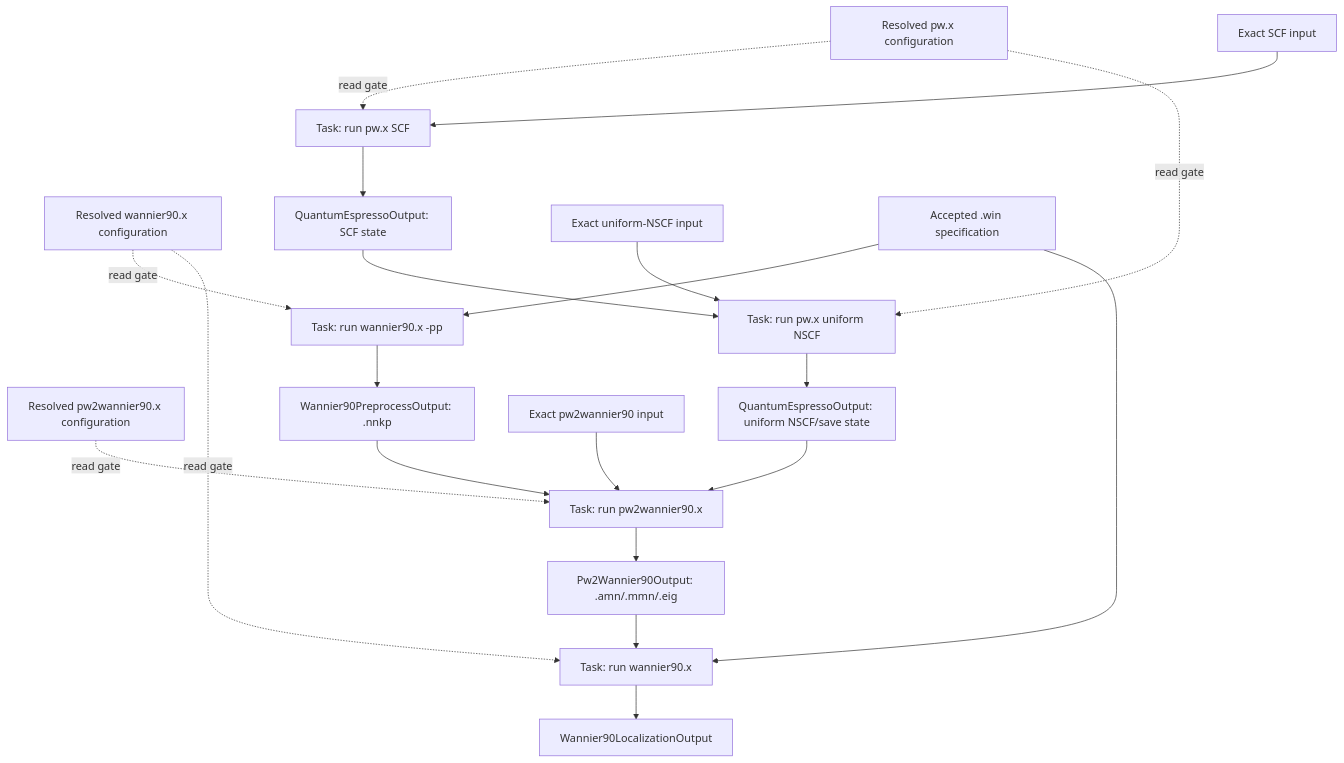
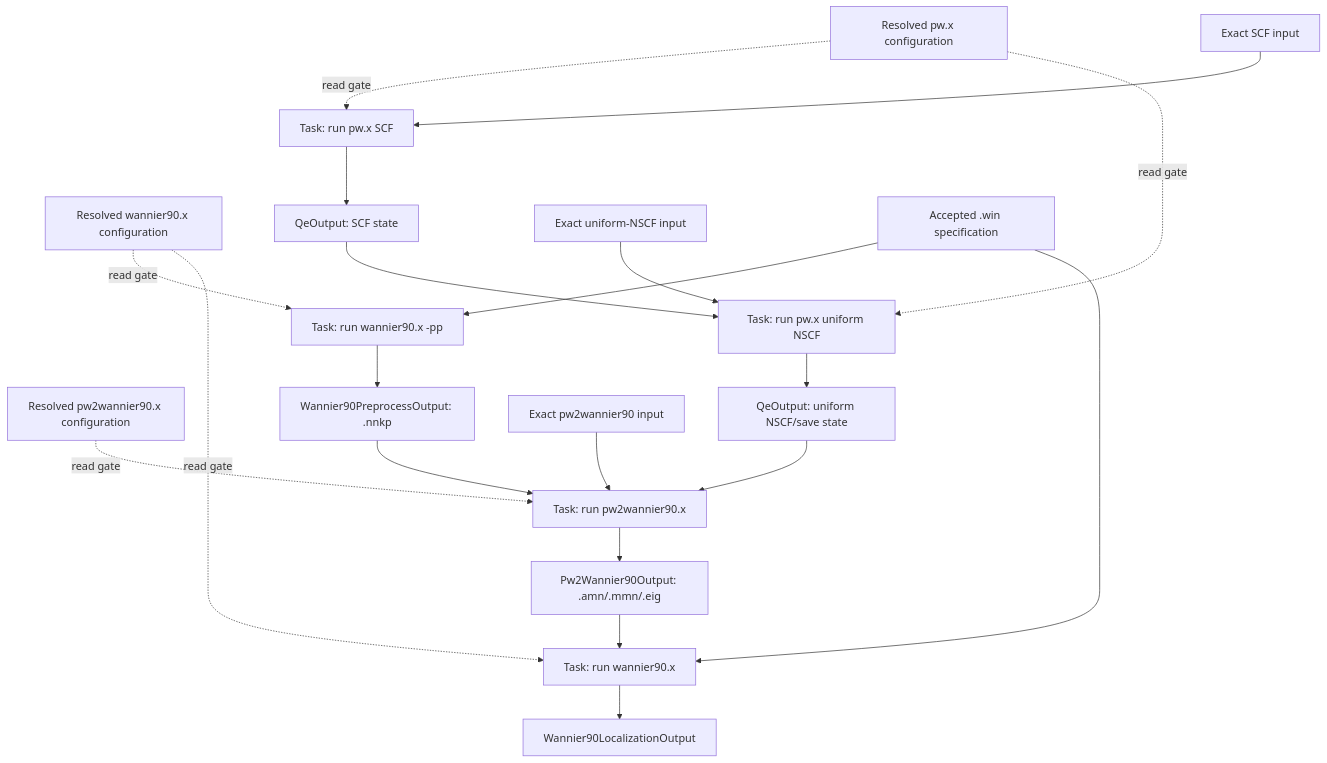
The diagram in docs/architecture/v2/ksdft2effmass/workflows/qe-wannier90-cpn-workflow.md (eragasa/ksdft2effmass), drawn with Mermaid before and after one commit. The commit also changed other lines of this file and 263 other files, not shown here.

````diff
--- a/docs/architecture/v2/ksdft2effmass/workflows/qe-wannier90-cpn-workflow.md
+++ b/docs/architecture/v2/ksdft2effmass/workflows/qe-wannier90-cpn-workflow.md
@@ -149,26 +149,26 @@
 ```mermaid
 flowchart TD
     qe_config["Resolved pw.x configuration"] -. read gate .-> scf
     qe_config -. read gate .-> nscf
     bridge_config["Resolved pw2wannier90.x configuration"] -. read gate .-> bridge
     w90_config["Resolved wannier90.x configuration"] -. read gate .-> preprocess
     w90_config -. read gate .-> localize
 
     scf_input["Exact SCF input"] --> scf["Task: run pw.x SCF"]
-    scf --> scf_output["QuantumEspressoOutput: SCF state"]
+    scf --> scf_output["QeOutput: SCF state"]
     scf_output --> nscf["Task: run pw.x uniform NSCF"]
     nscf_input["Exact uniform-NSCF input"] --> nscf
-    nscf --> nscf_output["QuantumEspressoOutput: uniform NSCF/save state"]
+    nscf --> nscf_output["QeOutput: uniform NSCF/save state"]
 
     win["Accepted .win specification"] --> preprocess["Task: run wannier90.x -pp"]
     preprocess --> nnkp["Wannier90PreprocessOutput: .nnkp"]
 
     nscf_output --> bridge["Task: run pw2wannier90.x"]
     nnkp --> bridge
     bridge_input["Exact pw2wannier90 input"] --> bridge
     bridge --> interface["Pw2Wannier90Output: .amn/.mmn/.eig"]
 
     win --> localize["Task: run wannier90.x"]
     interface --> localize
     localize --> result["Wannier90LocalizationOutput"]
 ```
````
